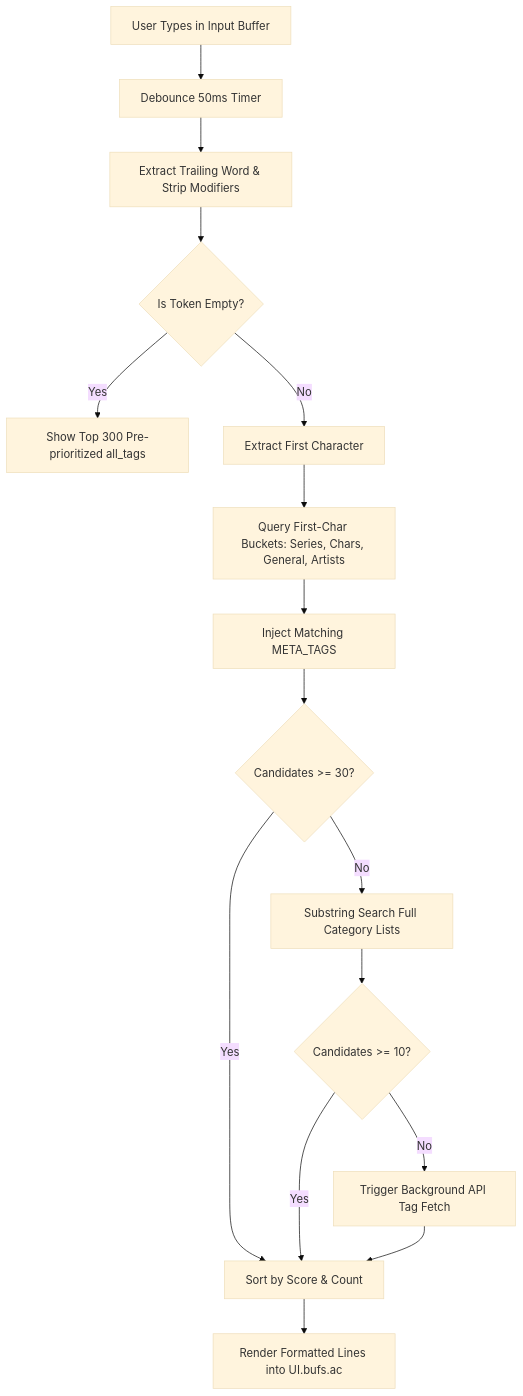
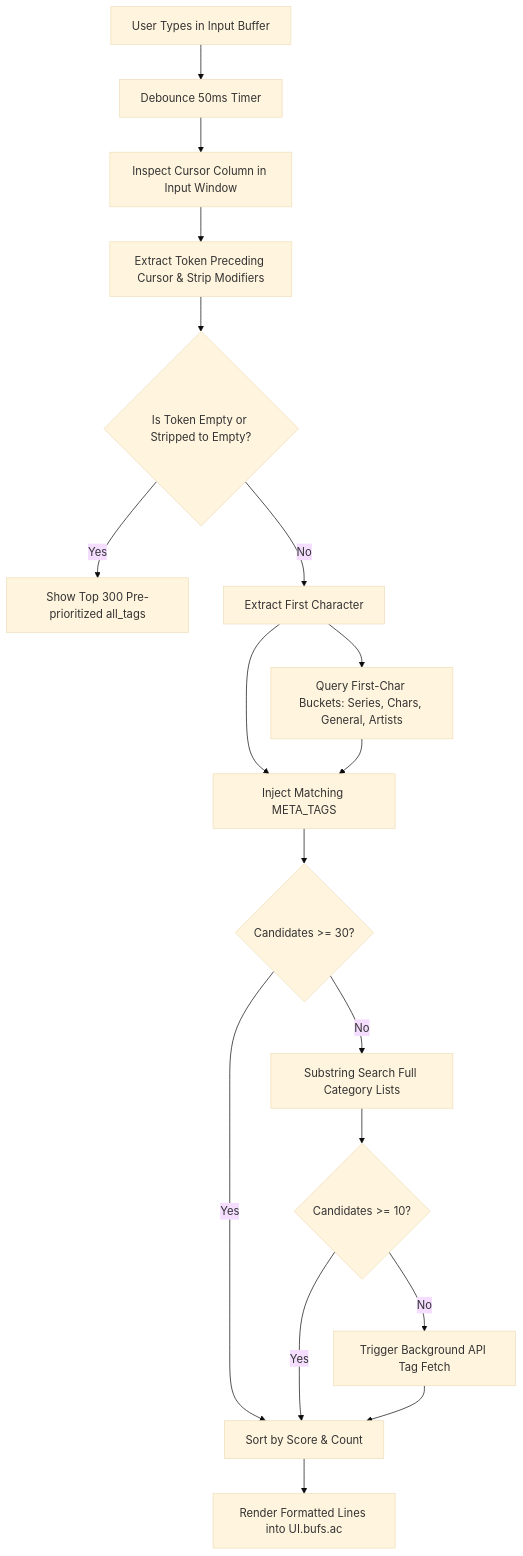
Before and after one commit to ChaosFlame2392/gelbooru.nvim: the first of 2 diagrams in AGENTS.md, drawn with Mermaid (base theme). The commit also changed other lines of this file and 19 other files, not shown here.

````diff
--- a/AGENTS.md
+++ b/AGENTS.md
@@ -269,18 +272,20 @@
 ```mermaid
 graph TD
     Input[User Types in Input Buffer] --> Debounce[Debounce 50ms Timer]
-    Debounce --> Parse[Extract Trailing Word & Strip Modifiers]
-    Parse --> EmptyCheck{Is Token Empty?}
+    Debounce --> CursorCol[Inspect Cursor Column in Input Window]
+    CursorCol --> Parse[Extract Token Preceding Cursor & Strip Modifiers]
+    Parse --> EmptyCheck{Is Token Empty or Stripped to Empty?}
     EmptyCheck -- Yes --> AllTags[Show Top 300 Pre-prioritized all_tags]
     EmptyCheck -- No --> FirstChar[Extract First Character]
     FirstChar --> BucketLookup[Query First-Char Buckets: Series, Chars, General, Artists]
-    BucketLookup --> MetaInject[Inject Matching META_TAGS]
+    FirstChar --> MetaInject[Inject Matching META_TAGS]
+    BucketLookup --> MetaInject
     MetaInject --> CountCheck{Candidates >= 30?}
     CountCheck -- Yes --> SortCandidates[Sort by Score & Count]
     CountCheck -- No --> SubstringFallback[Substring Search Full Category Lists]
     SubstringFallback --> LiveCheck{Candidates >= 10?}
     LiveCheck -- Yes --> SortCandidates
     LiveCheck -- No --> APIFallback[Trigger Background API Tag Fetch]
     APIFallback --> SortCandidates
     SortCandidates --> RenderAC[Render Formatted Lines into UI.bufs.ac]
 ```
````
